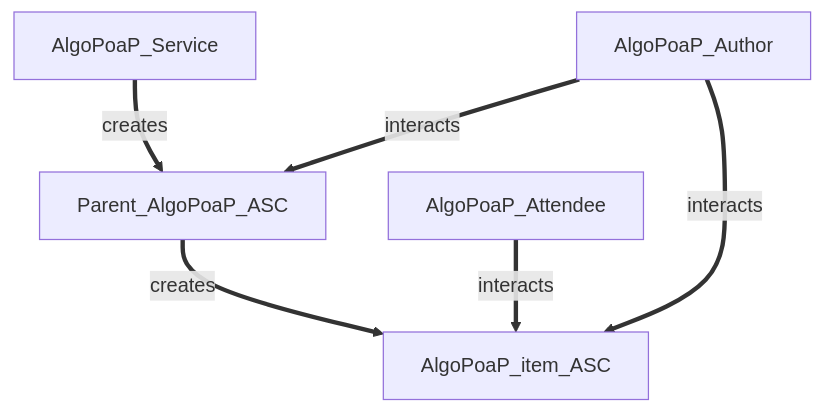
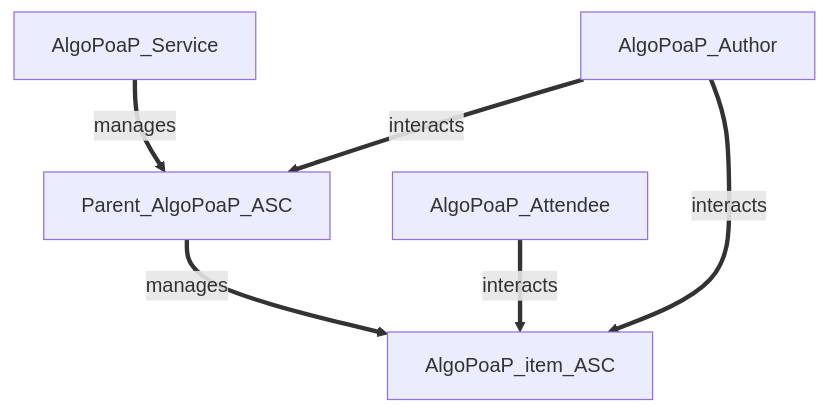
The fourth of 10 diagrams in profile/README.md (GoPlausible/.github), drawn with Mermaid before and after one commit. The commit also changed other lines of this file, not shown here.

````diff
--- a/profile/README.md
+++ b/profile/README.md
@@ -174,9 +174,9 @@
 ```mermaid
   graph TD;
-      AlgoPoaP_Service== creates ==>Parent_AlgoPoaP_ASC;
-      Parent_AlgoPoaP_ASC== creates ==>AlgoPoaP_item_ASC;
+      AlgoPoaP_Service== manages ==>Parent_AlgoPoaP_ASC;
+      Parent_AlgoPoaP_ASC== manages ==>AlgoPoaP_item_ASC;
       
       AlgoPoaP_Attendee== interacts ==>AlgoPoaP_item_ASC;
       AlgoPoaP_Author== interacts ==>Parent_AlgoPoaP_ASC;
       AlgoPoaP_Author== interacts ==>AlgoPoaP_item_ASC;
 ```
````
